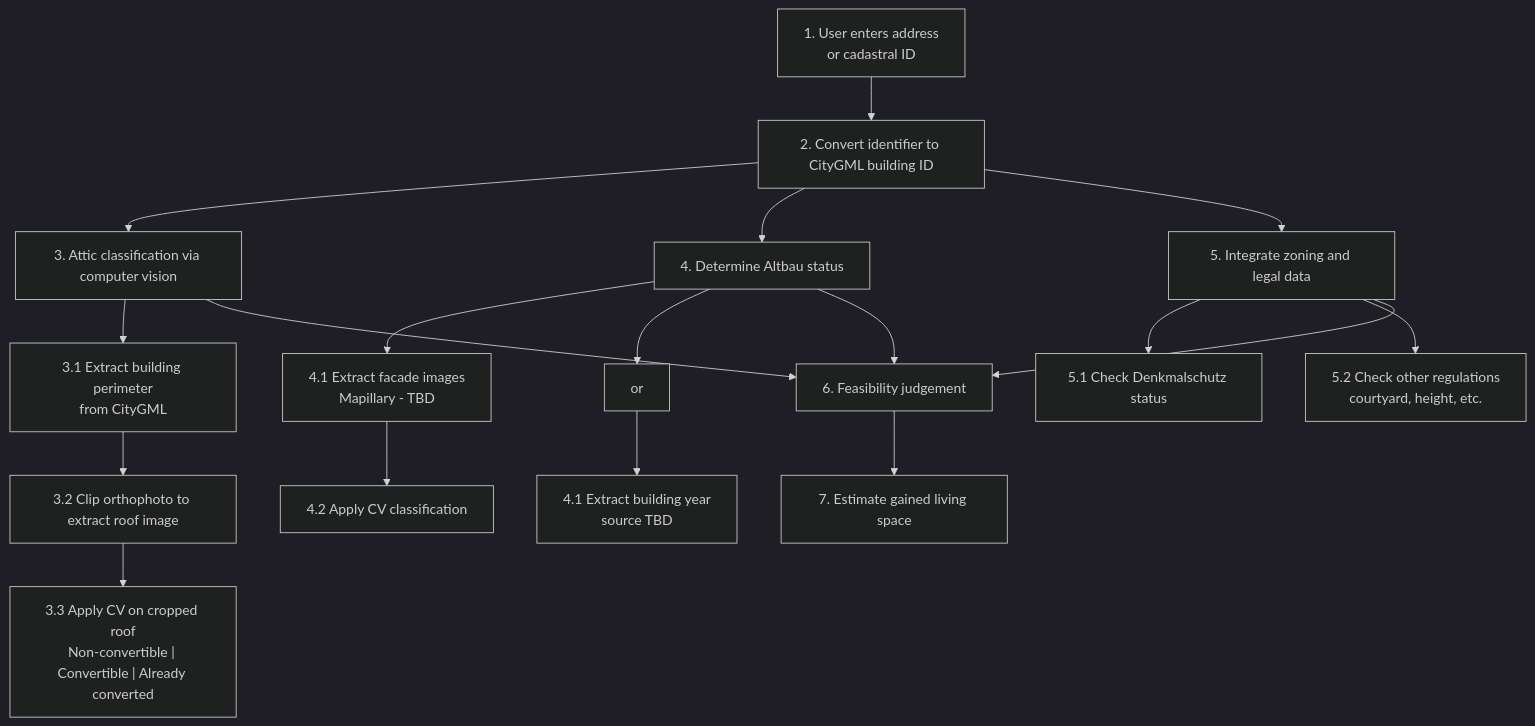
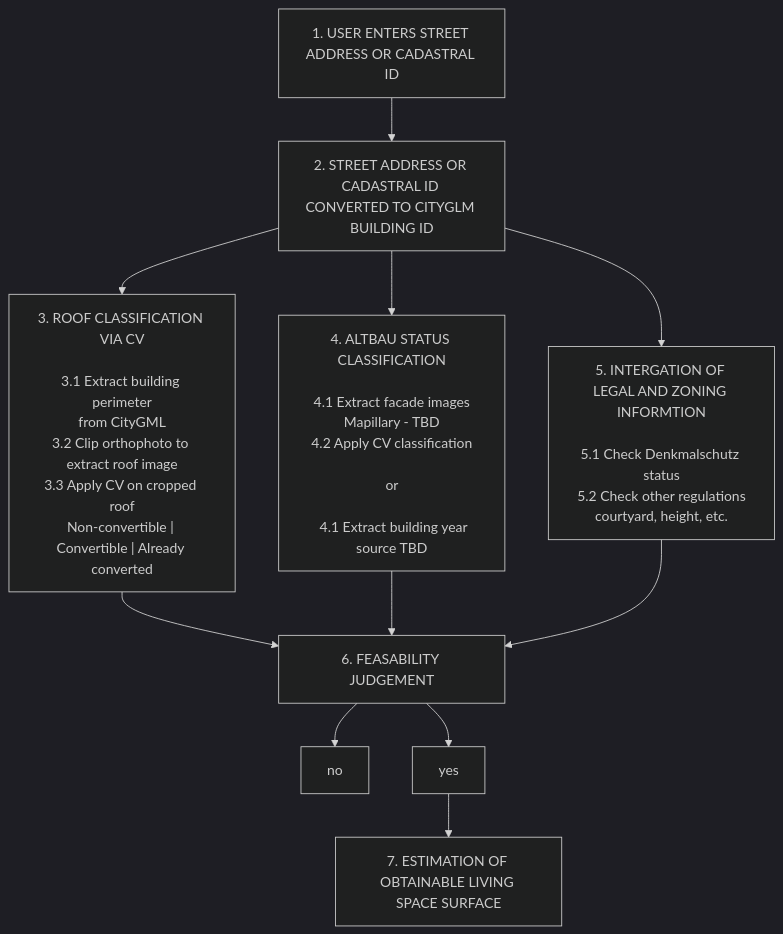
One commit to isabellaboux/AtticConversion changed the diagram in README.md. Above: the diagram before and after it, drawn with Mermaid (dark theme). The commit also changed other lines of this file, not shown here.

Commit message:
Re-did mermaid flowchart.

````diff
--- a/README.md
+++ b/README.md
@@ -84,44 +51,35 @@
 ```mermaid
 flowchart TD
 
-A["1. User enters address<br/>or cadastral ID"]
+A["1. USER ENTERS STREET ADDRESS OR CADASTRAL ID"]
 
-B["2. Convert identifier to CityGML building ID"]
+B["2. STREET ADDRESS OR CADASTRAL ID CONVERTED TO CITYGLM BUILDING ID"]
 
-C["3. Attic classification via computer vision"]
-C1["3.1 Extract building perimeter<br/>from CityGML"]
-C2["3.2 Clip orthophoto to extract roof image"]
-C3["3.3 Apply CV on cropped roof<br/>Non-convertible | Convertible | Already converted"]
+C["3. ROOF CLASSIFICATION VIA CV\n\n3.1 Extract building perimeter<br/>from CityGML\n3.2 Clip orthophoto to extract roof image\n3.3 Apply CV on cropped roof<br/>Non-convertible | Convertible | Already converted"]
 
-D["4. Determine Altbau status"]
-D1["4.1 Extract facade images<br/>Mapillary - TBD"]
-D2["4.2 Apply CV classification"]
-D3["or"]
-D4["4.1 Extract building year<br/>source TBD"]
+D["4. ALTBAU STATUS CLASSIFICATION\n\n4.1 Extract facade images<br/>Mapillary - TBD"\n4.2 Apply CV classification\n\n or \n\n 4.1 Extract building year<br/>source TBD]
 
-E["5. Integrate zoning and legal data"]
-E1["5.1 Check Denkmalschutz status"]
-E2["5.2 Check other regulations<br/>courtyard, height, etc."]
+E["5. INTERGATION OF LEGAL AND ZONING INFORMTION\n\n5.1 Check Denkmalschutz status\n5.2 Check other regulations<br/>courtyard, height, etc."]
 
-F["6. Feasibility judgement"]
+F["6. FEASABILITY JUDGEMENT"]
 
-G["7. Estimate gained living space"]
+G["no"]
+
+H["yes"]
+
+I["7. ESTIMATION OF OBTAINABLE LIVING SPACE SURFACE"]
 
 A --> B
 
 B --> C
 B --> D
 B --> E
 
-C --> C1 --> C2 --> C3
-D --> D1 --> D2
-D --> D3 --> D4
-E --> E1
-E --> E2
-
 C --> F
 D --> F
 E --> F
 
 F --> G
+F --> H
+H --> I
 ```
````
